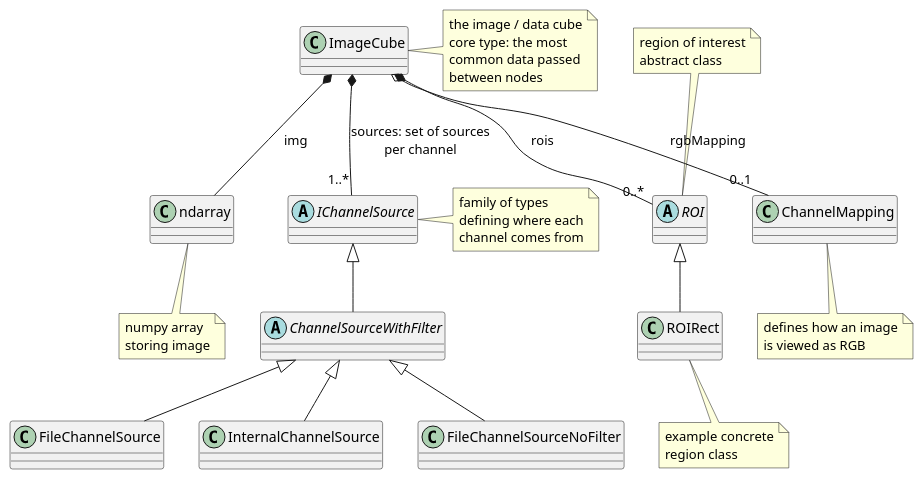
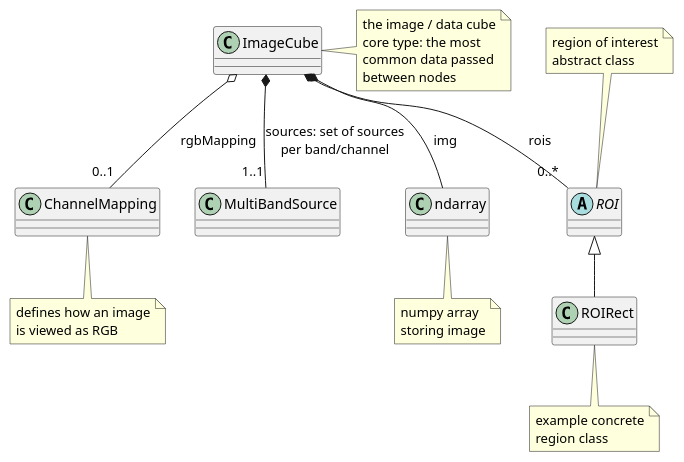
Before and after one commit to AU-ExoMars/PCOT: the diagram in docs/image.plantuml, drawn with PlantUML. The commit also changed 7 other files, not shown here.

```diff
--- a/docs/image.plantuml
+++ b/docs/image.plantuml
@@ -1,64 +1,45 @@
 @startuml
 skinparam classAttributeIconSize 0
 
 abstract class ROI {
 }
 
 note top of ROI
 region of interest
 abstract class
 end note
 
 class ROIRect extends ROI {
 }
 note bottom of ROIRect
 example concrete
 region class
 end note
 
 class ChannelMapping {
 }
 note bottom of ChannelMapping
 defines how an image
 is viewed as RGB
 end note
 
-abstract class IChannelSource {
-}
-note right of IChannelSource
-family of types
-defining where each
-channel comes from
-end note
-
-abstract class ChannelSourceWithFilter extends IChannelSource {
-}
-class InternalChannelSource extends ChannelSourceWithFilter {
-}
-class FileChannelSourceNoFilter extends ChannelSourceWithFilter {
-}
-class FileChannelSource extends ChannelSourceWithFilter {
-}
-
-
-
 class ImageCube {
 }
 note right of ImageCube
 the image / data cube
 core type: the most
 common data passed
 between nodes
 end note
 
-ImageCube *-- "1..*" IChannelSource: "sources: set of sources\nper channel"
+ImageCube *-- "1..1" MultiBandSource: "sources: set of sources\nper band/channel"
 ImageCube o-- "0..1" ChannelMapping: rgbMapping
 ImageCube *-- ndarray : img
 ImageCube *-- "0..*" ROI : rois
 
 note bottom of ndarray
 numpy array 
 storing image
 end note
 
 @enduml
```
